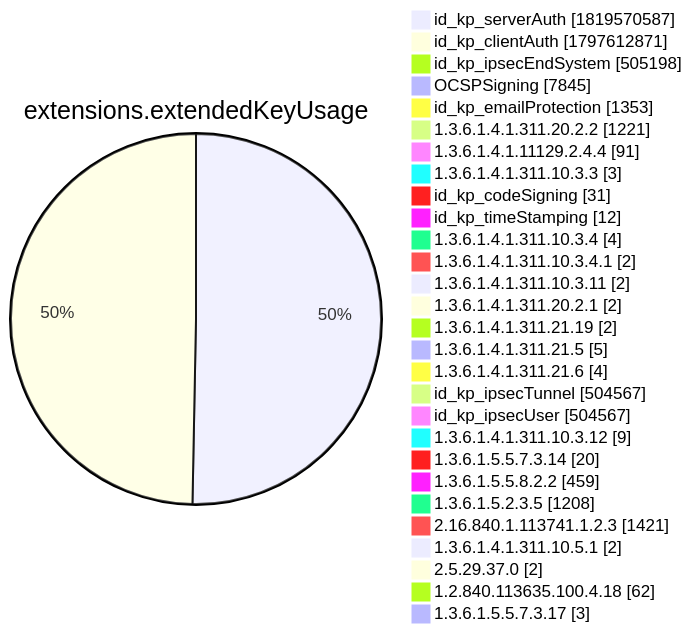
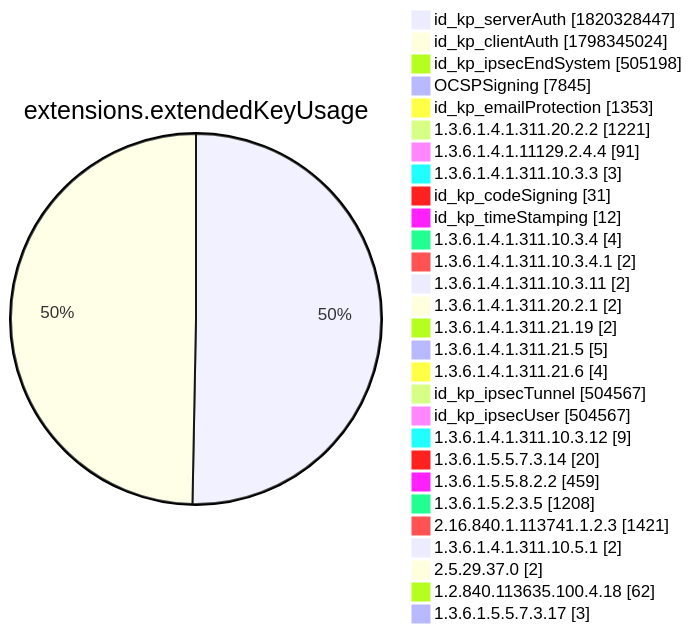
One commit to christiankrug/ctmonitor_visualization changed diagram 12 of 15 in xenon2022/README.md. Above: the diagram before and after it, drawn with Mermaid. The commit also changed other lines of this file, not shown here.

````diff
--- a/xenon2022/README.md
+++ b/xenon2022/README.md
@@ -3895,32 +3895,32 @@
 ```mermaid
 pie showData
 title extensions.extendedKeyUsage
-"id_kp_serverAuth" :1819570587
-"id_kp_clientAuth" :1797612871
+"id_kp_serverAuth" :1820328447
+"id_kp_clientAuth" :1798345024
 "id_kp_ipsecEndSystem" :505198
 "OCSPSigning" :7845
 "id_kp_emailProtection" :1353
 "1.3.6.1.4.1.311.20.2.2" :1221
 "1.3.6.1.4.1.11129.2.4.4" :91
 "1.3.6.1.4.1.311.10.3.3" :3
 "id_kp_codeSigning" :31
 "id_kp_timeStamping" :12
 "1.3.6.1.4.1.311.10.3.4" :4
 "1.3.6.1.4.1.311.10.3.4.1" :2
 "1.3.6.1.4.1.311.10.3.11" :2
 "1.3.6.1.4.1.311.20.2.1" :2
 "1.3.6.1.4.1.311.21.19" :2
 "1.3.6.1.4.1.311.21.5" :5
 "1.3.6.1.4.1.311.21.6" :4
 "id_kp_ipsecTunnel" :504567
 "id_kp_ipsecUser" :504567
 "1.3.6.1.4.1.311.10.3.12" :9
 "1.3.6.1.5.5.7.3.14" :20
 "1.3.6.1.5.5.8.2.2" :459
 "1.3.6.1.5.2.3.5" :1208
 "2.16.840.1.113741.1.2.3" :1421
 "1.3.6.1.4.1.311.10.5.1" :2
 "2.5.29.37.0" :2
 "1.2.840.113635.100.4.18" :62
 "1.3.6.1.5.5.7.3.17" :3
 ```
````
